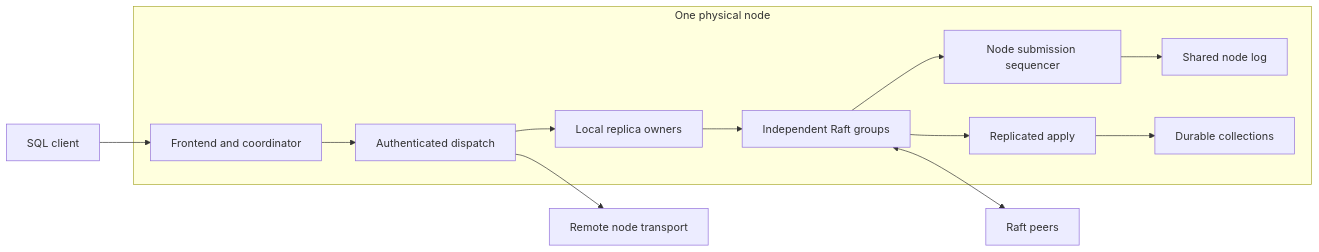
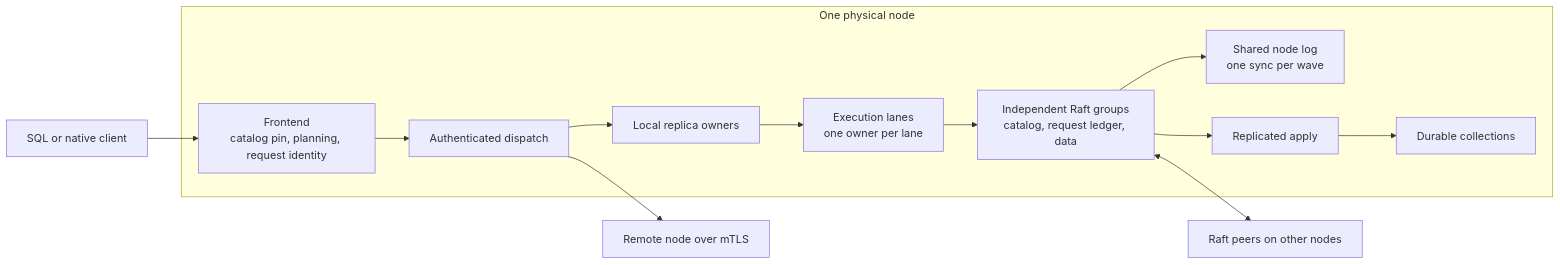
The second of 2 diagrams in docs/architecture.md (thesyncim/vibedb), drawn with Mermaid before and after one commit. The commit also changed other lines of this file and 80 other files, not shown here.

````diff
--- a/docs/architecture.md
+++ b/docs/architecture.md
@@ -34,15 +34,15 @@
 ```mermaid
 flowchart LR
-    Client[SQL client] --> Frontend
-    subgraph Node[One physical node]
-        Frontend[Frontend and coordinator] --> Dispatch[Authenticated dispatch]
+    Client[SQL or native client] --> Frontend
+    subgraph Node["One physical node"]
+        Frontend["Frontend<br/>catalog pin, planning, request identity"] --> Dispatch[Authenticated dispatch]
         Dispatch --> Local[Local replica owners]
-        Local --> Groups[Independent Raft groups]
-        Groups --> Sequencer[Node submission sequencer]
-        Sequencer --> Log[Shared node log]
+        Local --> Lanes["Execution lanes<br/>one owner per lane"]
+        Lanes --> Groups["Independent Raft groups<br/>catalog, request ledger, data"]
+        Groups --> Log["Shared node log<br/>one sync per wave"]
         Groups --> Apply[Replicated apply]
         Apply --> Collections[Durable collections]
     end
-    Dispatch --> Remote[Remote node transport]
-    Groups <--> Peers[Raft peers]
+    Dispatch --> Remote[Remote node over mTLS]
+    Groups <--> Peers[Raft peers on other nodes]
 ```
````
